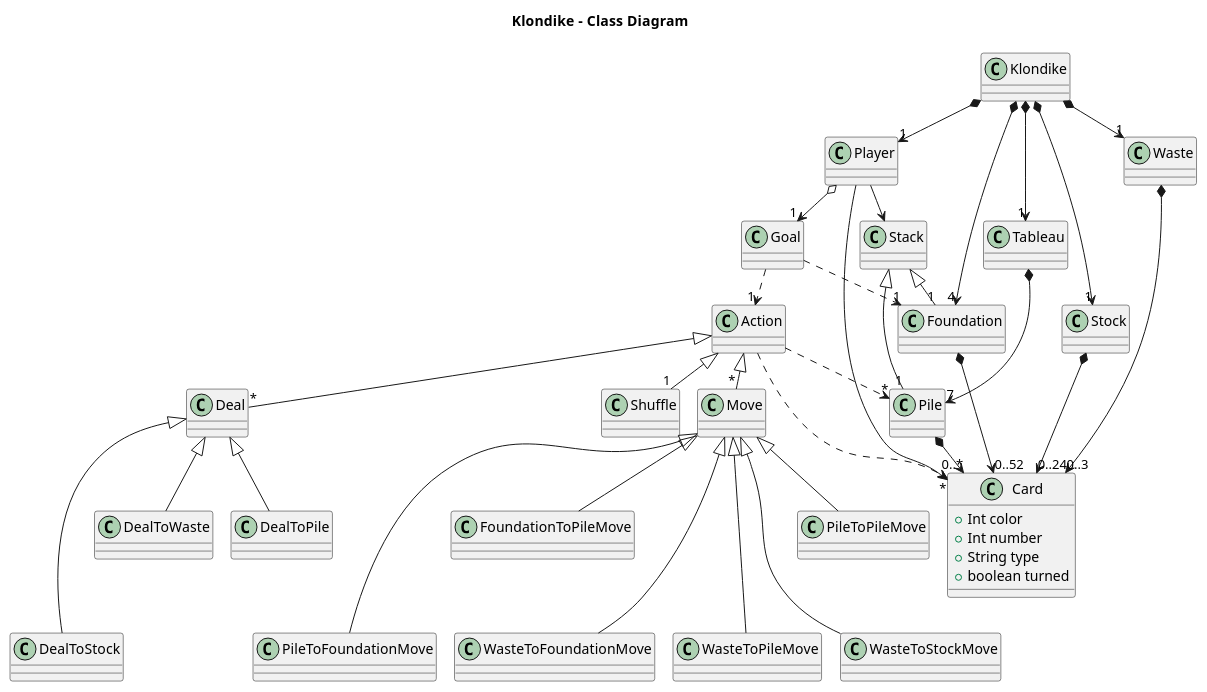
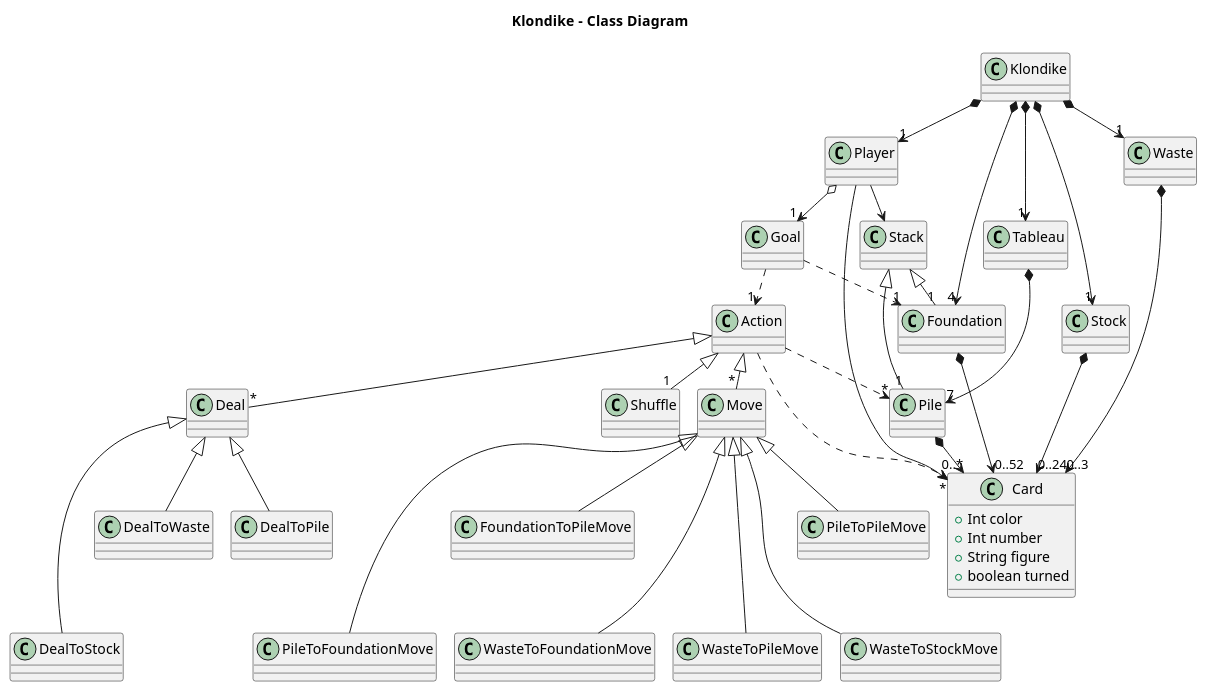
One commit to AngelOS95P/Maestria_IngSoftware_grupo6 changed the diagram in 1 Modelo de Dominio/01_Diagrama de clases.plantuml. Above: the diagram before and after it, drawn with PlantUML.

```diff
--- a/1 Modelo de Dominio/01_Diagrama de clases.plantuml
+++ b/1 Modelo de Dominio/01_Diagrama de clases.plantuml
@@ -1,72 +1,72 @@
 @startuml Class Diagram
 title Klondike  - Class Diagram
 !pragma layout smetana
 
 class Klondike
 class Player
 class Tableau
 class Foundation
 class Pile
 class Stock
 class Stack
 class Goal
 class Card {
   +Int color
   +Int number
-  +String type
+  +String figure
   +boolean turned
 }
 class Action
 class Shuffle
 class Move
 class PileToPileMove
 class PileToFoundationMove
 class FoundationToPileMove
 class WasteToFoundationMove
 class WasteToPileMove
 class WasteToStockMove
 class Deal
 class DealToPile
 class DealToStock
 class DealToWaste
 
 
 Klondike *-down-> "1" Player
 Klondike *-down-> "4" Foundation
 Klondike *-down-> "1" Tableau
 Klondike *-down-> "1" Stock
 Klondike *-down-> "1" Waste
 
 Foundation *-down-> "0..52" Card
 
 Tableau *-down-> "7" Pile
 Pile *-down-> "0..*" Card
 
 Stock *-down-> "0..24" Card
 Waste *-down-> "0..3" Card
 
 Player o-down-> "1" Goal
 Player -down-> Card
 Player -down-> Stack
 Goal .down.> "1" Foundation
 
 Goal .down.> "1" Action
 Action <|-down- "1" Shuffle
 Action <|-down- "*" Move
 Move <|-down- PileToPileMove
 Move <|-down-- PileToFoundationMove
 Move <|-down- FoundationToPileMove
 Move <|-down-- WasteToPileMove
 Move <|-down-- WasteToStockMove
 Move <|-down-- WasteToFoundationMove
 Action <|-down- "*" Deal
 Deal <|-down- DealToPile
 Deal <|-down-- DealToStock
 Deal <|-down- DealToWaste
 Action .down.> "*" Card
 Action .down.> "*" Pile
 
 Stack <|-down- "1" Foundation
 Stack <|-down- "1" Pile
 
 @enduml
```
